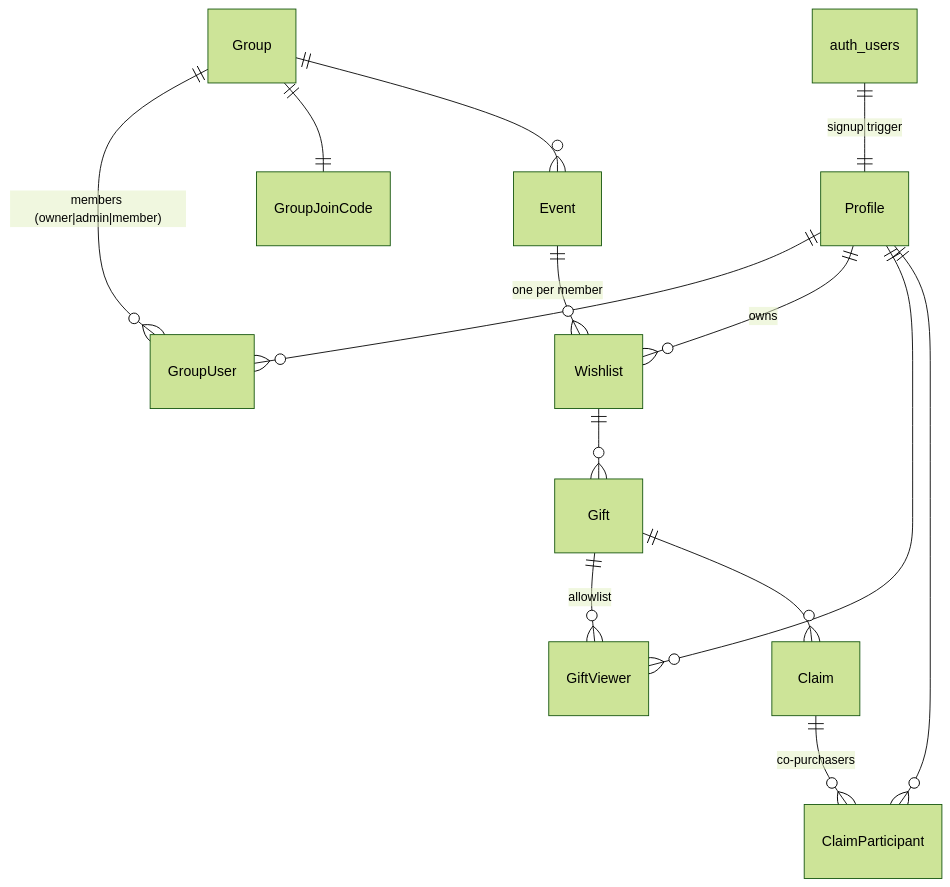
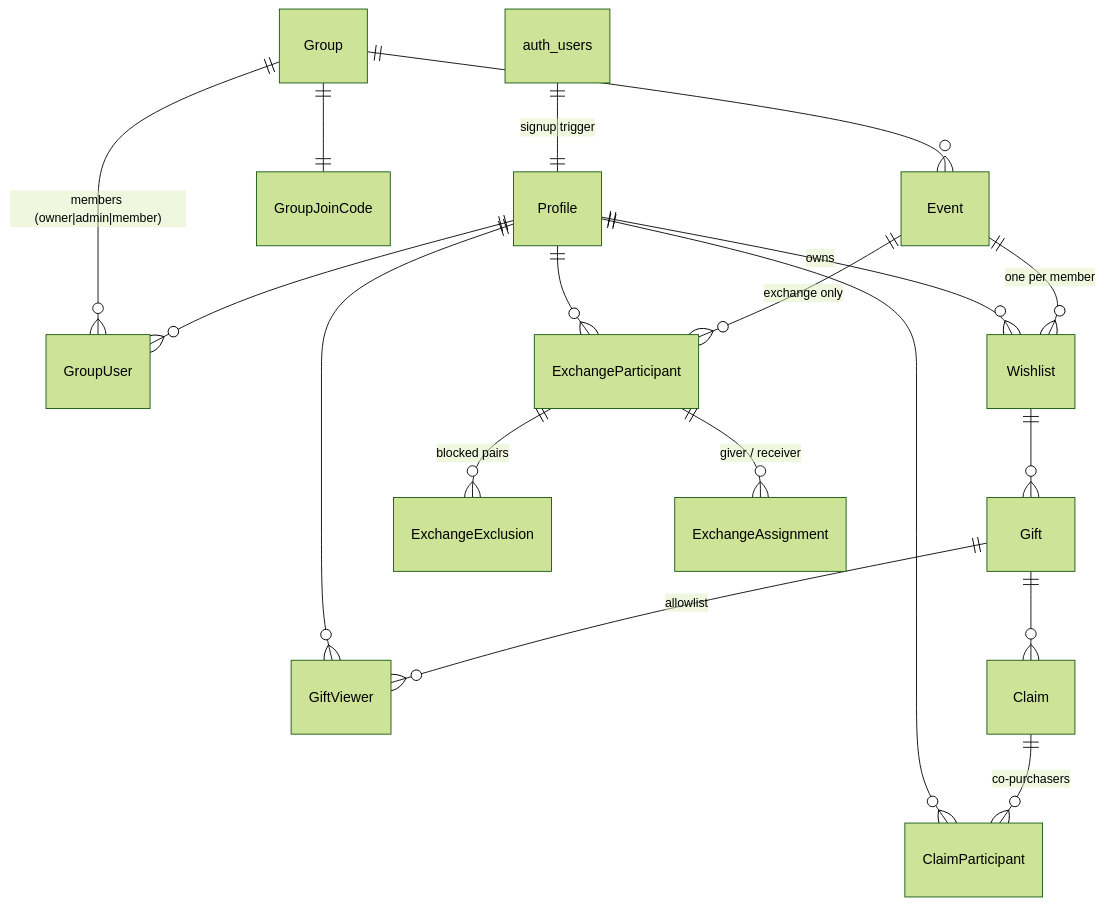
One commit to colllten/giftloop changed the diagram in docs/DATABASE.md. Above: the diagram before and after it, drawn with Mermaid (forest theme). The commit also changed other lines of this file and 37 other files, not shown here.

First line of the commit message:
Add Gift Exchange Event Type (#26)

````diff
--- a/docs/DATABASE.md
+++ b/docs/DATABASE.md
@@ -14,16 +14,20 @@
 ```mermaid
 erDiagram
   auth_users ||--|| Profile : "signup trigger"
   Profile ||--o{ GroupUser : ""
   Group ||--o{ GroupUser : "members (owner|admin|member)"
   Group ||--|| GroupJoinCode : ""
   Group ||--o{ Event : ""
   Event ||--o{ Wishlist : "one per member"
   Profile ||--o{ Wishlist : owns
   Wishlist ||--o{ Gift : ""
   Gift ||--o{ GiftViewer : "allowlist"
   Profile ||--o{ GiftViewer : ""
   Gift ||--o{ Claim : ""
   Claim ||--o{ ClaimParticipant : "co-purchasers"
   Profile ||--o{ ClaimParticipant : ""
+  Event ||--o{ ExchangeParticipant : "exchange only"
+  Profile ||--o{ ExchangeParticipant : ""
+  ExchangeParticipant ||--o{ ExchangeExclusion : "blocked pairs"
+  ExchangeParticipant ||--o{ ExchangeAssignment : "giver / receiver"
 ```
````
